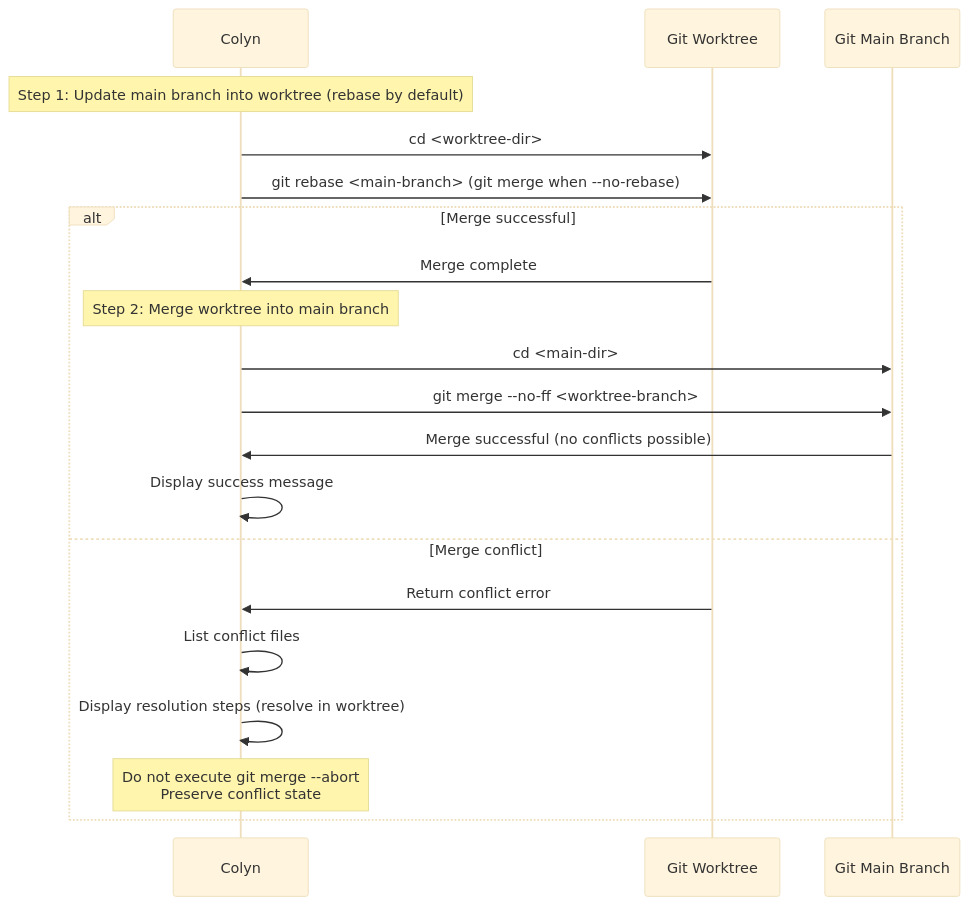
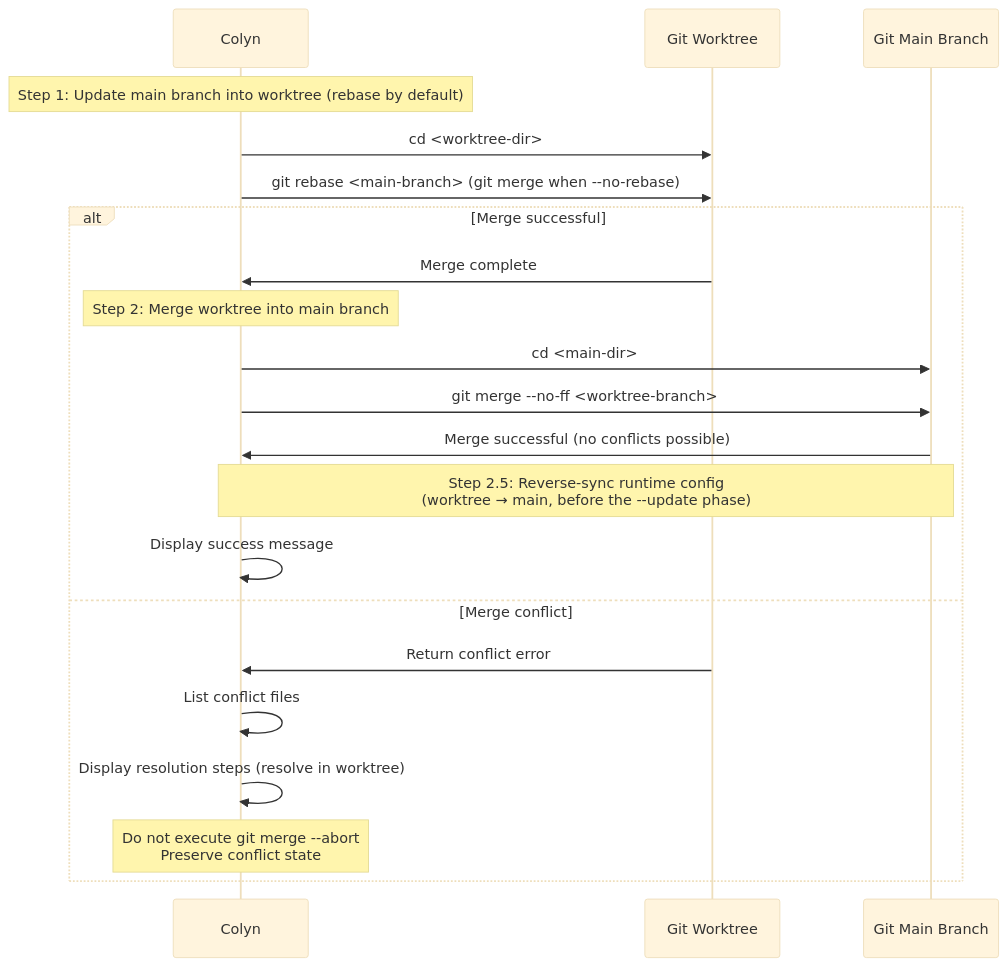
Before and after one commit to colin-han/colyn: the fifth of 7 diagrams in docs/en/develop/design/commands/design-merge-command.md, drawn with Mermaid (base theme). The commit also changed other lines of this file and 17 other files, not shown here.

````diff
--- a/docs/en/develop/design/commands/design-merge-command.md
+++ b/docs/en/develop/design/commands/design-merge-command.md
@@ -317,24 +317,25 @@
 ```mermaid
 sequenceDiagram
     participant C as Colyn
     participant WT as Git Worktree
     participant M as Git Main Branch
 
     Note over C: Step 1: Update main branch into worktree (rebase by default)
     C->>WT: cd <worktree-dir>
     C->>WT: git rebase <main-branch> (git merge when --no-rebase)
 
     alt Merge successful
         WT->>C: Merge complete
         Note over C: Step 2: Merge worktree into main branch
         C->>M: cd <main-dir>
         C->>M: git merge --no-ff <worktree-branch>
         M->>C: Merge successful (no conflicts possible)
+        Note over C,M: Step 2.5: Reverse-sync runtime config<br/>(worktree → main, before the --update phase)
         C->>C: Display success message
     else Merge conflict
         WT->>C: Return conflict error
         C->>C: List conflict files
         C->>C: Display resolution steps (resolve in worktree)
         Note over C: Do not execute git merge --abort<br/>Preserve conflict state
     end
 ```
````
